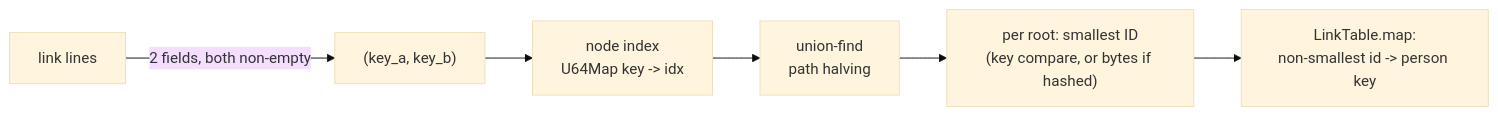
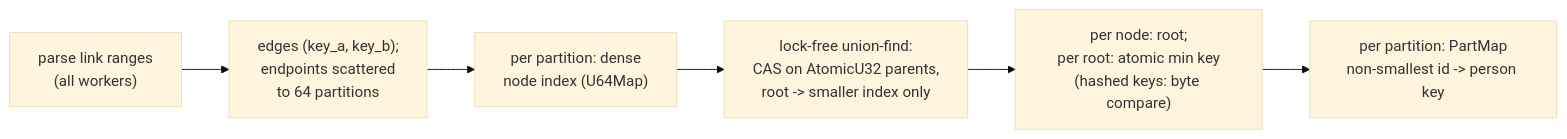
Before and after one commit to Kavan04/Databricks_Shopping: the fifth of 8 diagrams in docs/ARCHITECTURE.md, drawn with Mermaid (base theme). The commit also changed other lines of this file and 9 other files, not shown here.

First line of the commit message:
v3: parallel links, padded mmap input, branch-free fields, SWAR keys and timestamps

````diff
--- a/docs/ARCHITECTURE.md
+++ b/docs/ARCHITECTURE.md
@@ -87,8 +105,8 @@
 ```mermaid
 flowchart LR
-    A[link lines] -->|"2 fields, both non-empty"| B["(key_a, key_b)"]
-    B --> C["node index<br/>U64Map key -> idx"]
-    C --> D["union-find<br/>path halving"]
-    D --> E["per root: smallest ID<br/>(key compare, or bytes if hashed)"]
-    E --> F["LinkTable.map:<br/>non-smallest id -> person key"]
+    A["parse link ranges<br/>(all workers)"] --> B["edges (key_a, key_b);<br/>endpoints scattered<br/>to 64 partitions"]
+    B --> C["per partition: dense<br/>node index (U64Map)"]
+    C --> D["lock-free union-find:<br/>CAS on AtomicU32 parents,<br/>root -> smaller index only"]
+    D --> E["per node: root;<br/>per root: atomic min key<br/>(hashed keys: byte compare)"]
+    E --> F["per partition: PartMap<br/>non-smallest id -> person key"]
 ```
````
